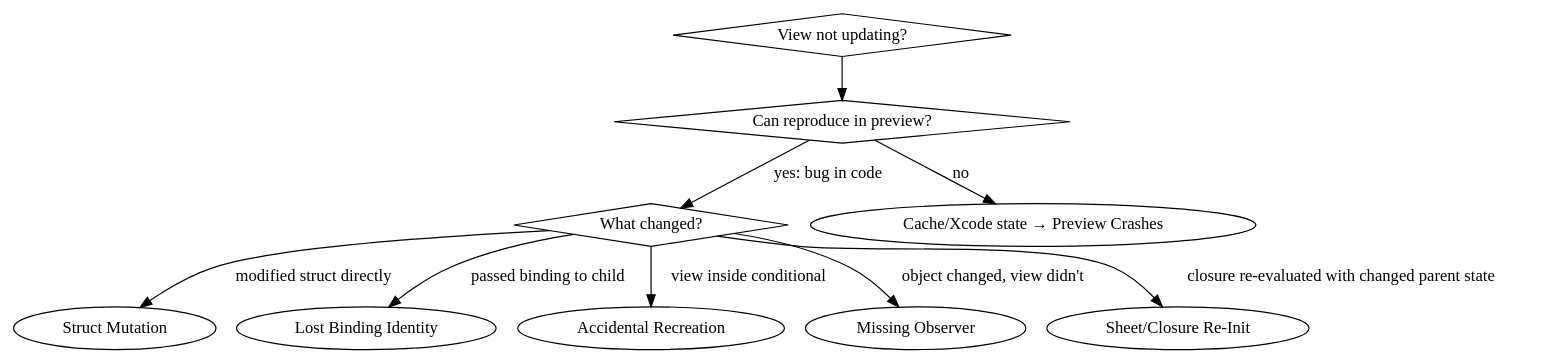
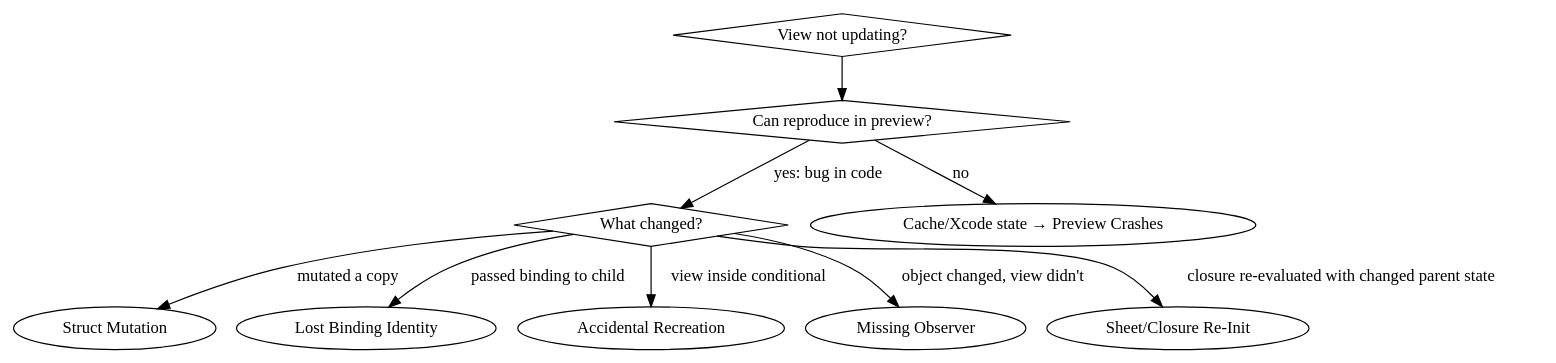
One commit to CharlesWiltgen/Axiom changed the first of 2 diagrams in axiom-cursor/skills/axiom-swiftui/skills/debugging.md. Above: the diagram before and after it, drawn with Graphviz. The commit also changed other lines of this file and 86 other files, not shown here.

````diff
--- a/axiom-cursor/skills/axiom-swiftui/skills/debugging.md
+++ b/axiom-cursor/skills/axiom-swiftui/skills/debugging.md
@@ -439,17 +402,17 @@
 ```dot
 digraph view_not_updating {
     start [label="View not updating?" shape=diamond];
     reproduce [label="Can reproduce in preview?" shape=diamond];
     cause [label="What changed?" shape=diamond];
 
     start -> reproduce;
     reproduce -> cause [label="yes: bug in code"];
     reproduce -> "Cache/Xcode state → Preview Crashes" [label="no"];
 
-    cause -> "Struct Mutation" [label="modified struct directly"];
+    cause -> "Struct Mutation" [label="mutated a copy"];
     cause -> "Lost Binding Identity" [label="passed binding to child"];
     cause -> "Accidental Recreation" [label="view inside conditional"];
     cause -> "Missing Observer" [label="object changed, view didn't"];
     cause -> "Sheet/Closure Re-Init" [label="closure re-evaluated with changed parent state"];
 }
 ```
````
